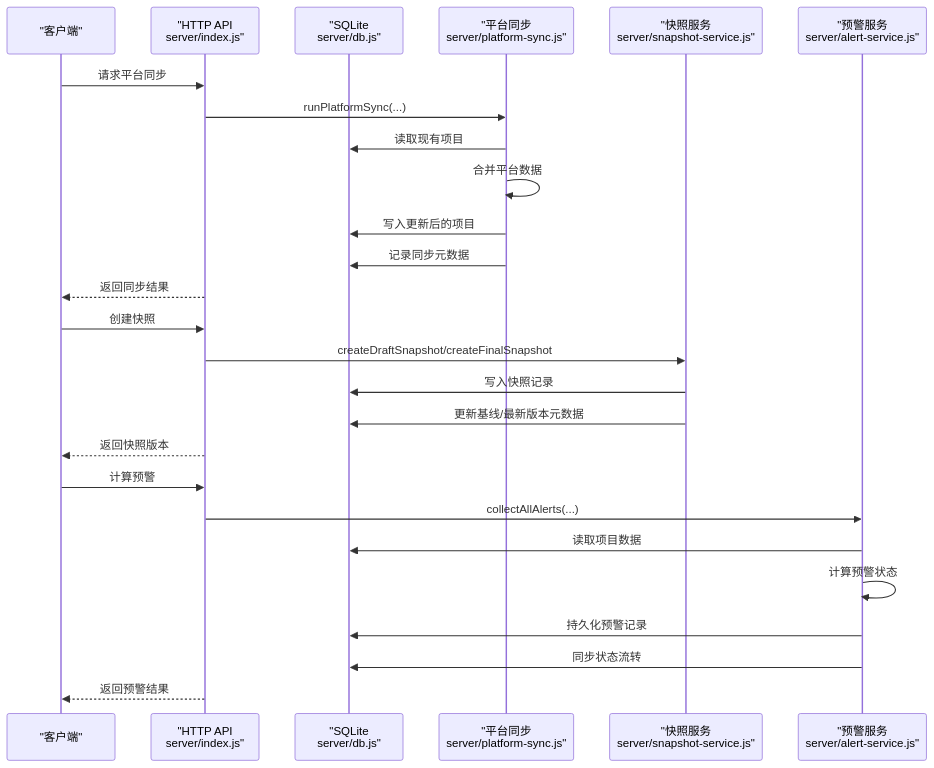
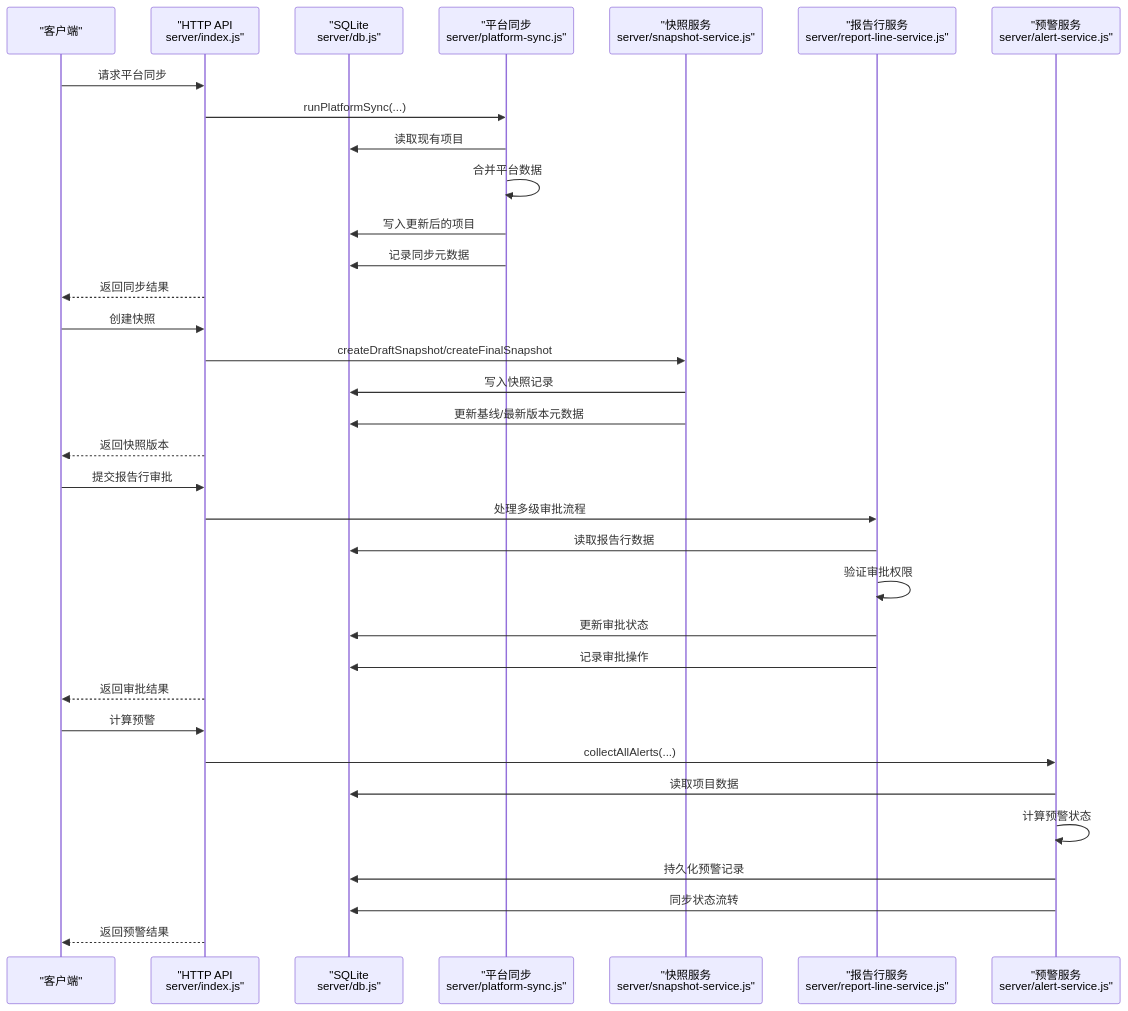
The second of 16 diagrams in .qoder/repowiki/zh/content/数据库设计.md (marcelxu0272/202605_project-tracking-table), drawn with Mermaid before and after one commit. The commit also changed other lines of this file and 15 other files, not shown here.

````diff
--- a/.qoder/repowiki/zh/content/数据库设计.md
+++ b/.qoder/repowiki/zh/content/数据库设计.md
@@ -145,28 +186,36 @@
 ```mermaid
 sequenceDiagram
 participant Client as "客户端"
 participant API as "HTTP API<br/>server/index.js"
 participant DB as "SQLite<br/>server/db.js"
 participant Sync as "平台同步<br/>server/platform-sync.js"
 participant Snap as "快照服务<br/>server/snapshot-service.js"
+participant RLSvc as "报告行服务<br/>server/report-line-service.js"
 participant AlertSvc as "预警服务<br/>server/alert-service.js"
 Client->>API : 请求平台同步
 API->>Sync : runPlatformSync(...)
 Sync->>DB : 读取现有项目
 Sync->>Sync : 合并平台数据
 Sync->>DB : 写入更新后的项目
 Sync->>DB : 记录同步元数据
 API-->>Client : 返回同步结果
 Client->>API : 创建快照
 API->>Snap : createDraftSnapshot/createFinalSnapshot
 Snap->>DB : 写入快照记录
 Snap->>DB : 更新基线/最新版本元数据
 API-->>Client : 返回快照版本
+Client->>API : 提交报告行审批
+API->>RLSvc : 处理多级审批流程
+RLSvc->>DB : 读取报告行数据
+RLSvc->>RLSvc : 验证审批权限
+RLSvc->>DB : 更新审批状态
+RLSvc->>DB : 记录审批操作
+API-->>Client : 返回审批结果
 Client->>API : 计算预警
 API->>AlertSvc : collectAllAlerts(...)
 AlertSvc->>DB : 读取项目数据
 AlertSvc->>AlertSvc : 计算预警状态
 AlertSvc->>DB : 持久化预警记录
 AlertSvc->>DB : 同步状态流转
 API-->>Client : 返回预警结果
 ```
````
